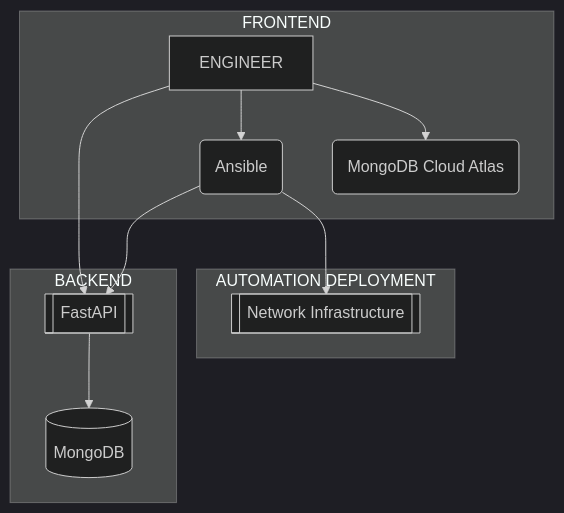
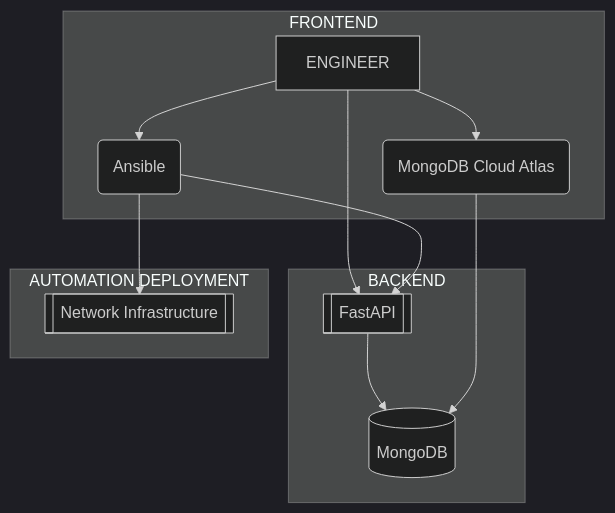
Before and after one commit to jnaranjom/iac_network_deployment: the diagram in diagrams/automation_framework.md, drawn with Mermaid (dark theme).

````diff
--- a/diagrams/automation_framework.md
+++ b/diagrams/automation_framework.md
@@ -1,21 +1,22 @@
 ```mermaid
 flowchart TB
     A[(MongoDB)]
     B[[FastAPI]]
     C(MongoDB Cloud Atlas)
     D(Ansible)
     E[[Network Infrastructure]]
     F[ENGINEER]
     subgraph BACKEND
         B --> A
     end
     subgraph FRONTEND
         F --> B
         F --> D
         F --> C
+        C --> A
     end
     subgraph AUTOMATION DEPLOYMENT
         D --> B
         D --> E
     end
 ```
````
